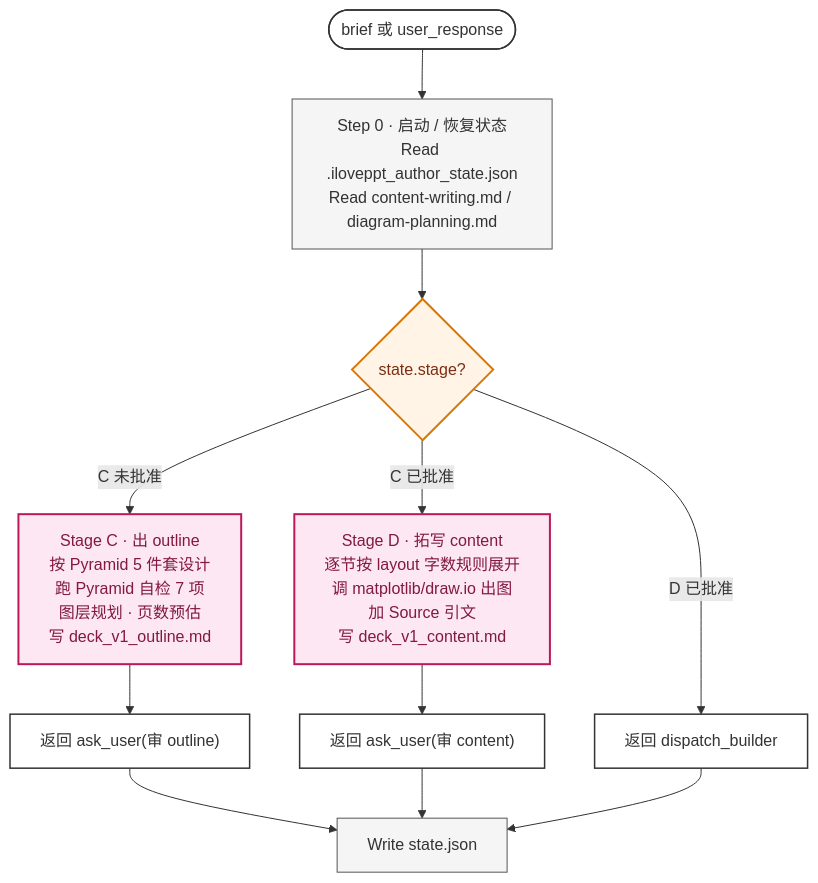
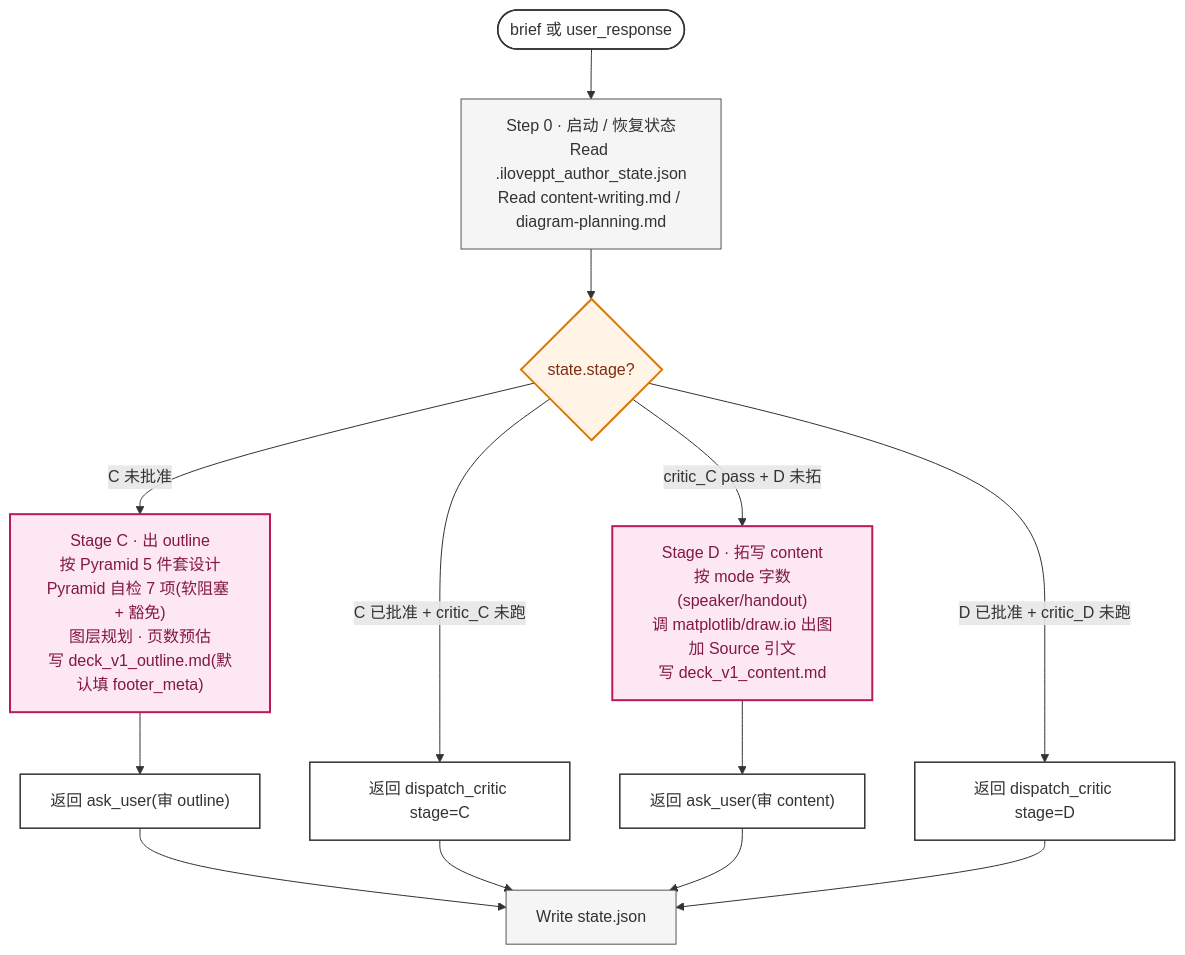
Before and after one commit to pcliangx/iLovePPT: the third of 11 diagrams in docs/agent-internals.zh.md, drawn with Mermaid. The commit also changed other lines of this file, not shown here.

````diff
--- a/docs/agent-internals.zh.md
+++ b/docs/agent-internals.zh.md
@@ -132,20 +192,22 @@
 ```mermaid
 flowchart TB
     I([brief 或 user_response]) --> S0
     S0["Step 0 · 启动 / 恢复状态<br/>Read .iloveppt_author_state.json<br/>Read content-writing.md / diagram-planning.md"] --> ST
     ST{state.stage?}
-    ST -->|C 未批准| C["Stage C · 出 outline<br/>按 Pyramid 5 件套设计<br/>跑 Pyramid 自检 7 项<br/>图层规划 · 页数预估<br/>写 deck_v1_outline.md"] --> AC["返回 ask_user(审 outline)"]
-    ST -->|C 已批准| D["Stage D · 拓写 content<br/>逐节按 layout 字数规则展开<br/>调 matplotlib/draw.io 出图<br/>加 Source 引文<br/>写 deck_v1_content.md"] --> AD["返回 ask_user(审 content)"]
-    ST -->|D 已批准| DB["返回 dispatch_builder"]
+    ST -->|C 未批准| C["Stage C · 出 outline<br/>按 Pyramid 5 件套设计<br/>Pyramid 自检 7 项(软阻塞 + 豁免)<br/>图层规划 · 页数预估<br/>写 deck_v1_outline.md(默认填 footer_meta)"] --> AC["返回 ask_user(审 outline)"]
+    ST -->|C 已批准 + critic_C 未跑| DC["返回 dispatch_critic stage=C"]
+    ST -->|critic_C pass + D 未拓| D["Stage D · 拓写 content<br/>按 mode 字数(speaker/handout)<br/>调 matplotlib/draw.io 出图<br/>加 Source 引文<br/>写 deck_v1_content.md"] --> AD["返回 ask_user(审 content)"]
+    ST -->|D 已批准 + critic_D 未跑| DD["返回 dispatch_critic stage=D"]
     AC --> W["Write state.json"]
+    DC --> W
     AD --> W
-    DB --> W
+    DD --> W
     classDef io fill:#FFF,stroke:#333,stroke-width:1.5px
     classDef step fill:#F5F5F5,stroke:#555
     classDef gate fill:#FFF4E6,stroke:#D97706,stroke-width:2px,color:#7C2D12
     classDef stage fill:#FCE7F3,stroke:#BE185D,stroke-width:2px,color:#831843
-    class I,AC,AD,DB io
+    class I,AC,AD,DC,DD io
     class S0,W step
     class ST gate
     class C,D stage
 ```
````
